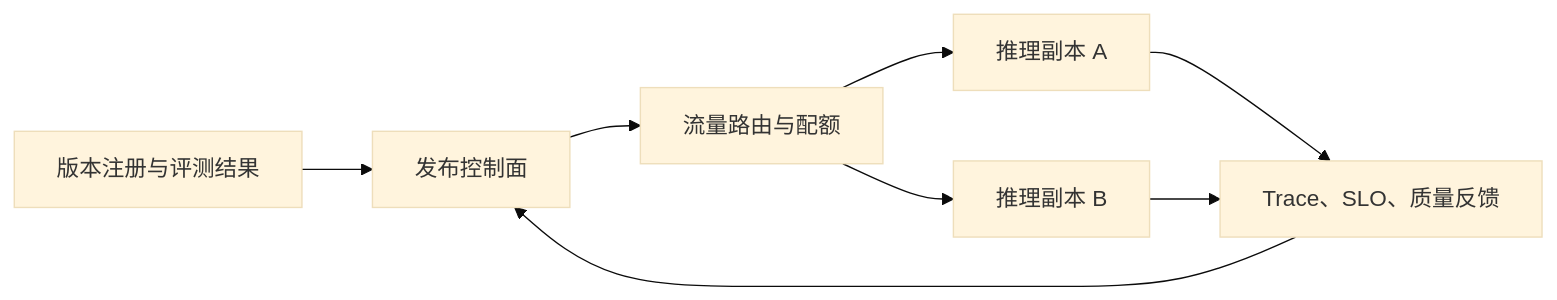
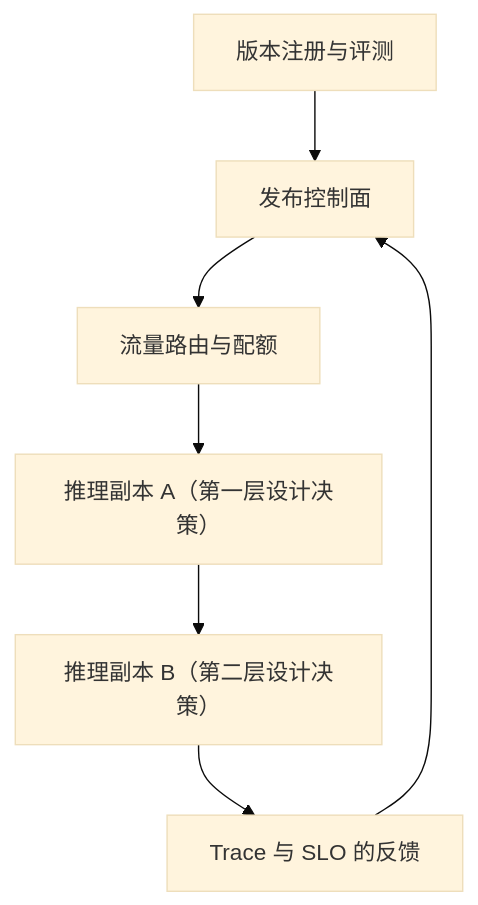
Before and after one commit to hub138/technical-knowledge: the second of 2 diagrams in vault/工程知识/AI 系统工程：从模型能力到生产能力/推理服务与平台/AI平台必须统一模型、数据、评测与发布版本.md, drawn with Mermaid (base theme). The commit also changed other lines of this file and 622 other files, not shown here.

```diff
--- a/vault/工程知识/AI 系统工程：从模型能力到生产能力/推理服务与平台/AI平台必须统一模型、数据、评测与发布版本.md
+++ b/vault/工程知识/AI 系统工程：从模型能力到生产能力/推理服务与平台/AI平台必须统一模型、数据、评测与发布版本.md
@@ -56,10 +78,9 @@
 ~~~mermaid
-flowchart LR
-    R[版本注册与评测结果] --> C[发布控制面]
+flowchart TD
+    R[版本注册与评测] --> C[发布控制面]
     C --> G[流量路由与配额]
-    G --> D1[推理副本 A]
-    G --> D2[推理副本 B]
-    D1 --> O[Trace、SLO、质量反馈]
-    D2 --> O
+    G --> D1["推理副本 A（第一层设计决策）"]
+    D1 --> D2["推理副本 B（第二层设计决策）"]
+    D2 --> O[Trace 与 SLO 的反馈]
     O --> C
 ~~~
```
